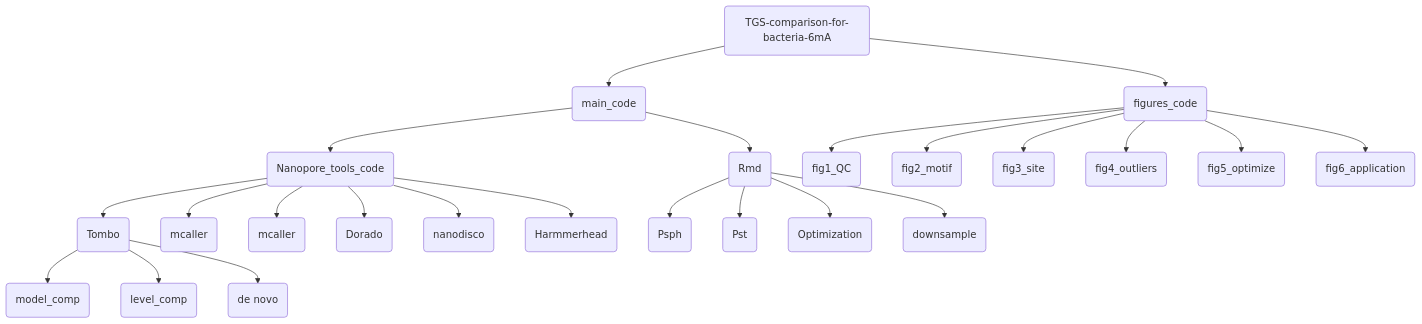
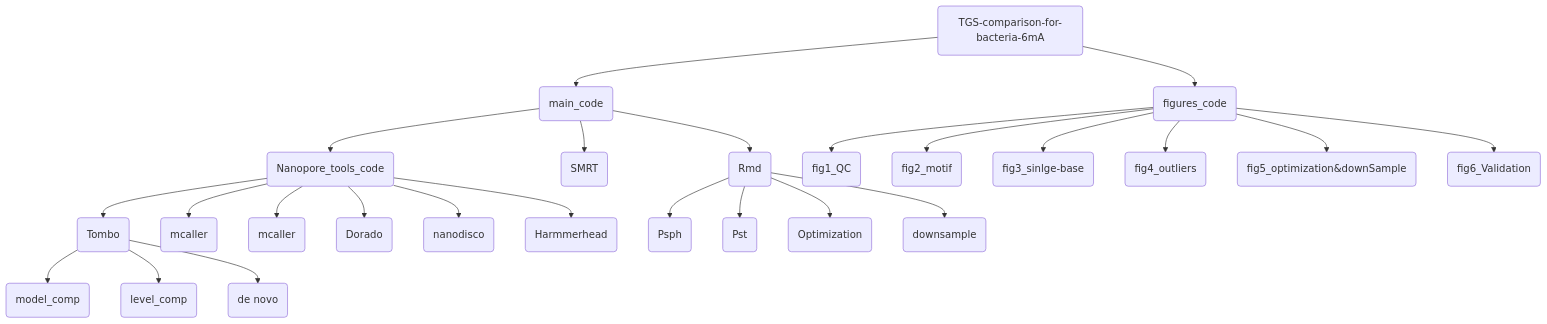
The diagram in README.md (LuBeifang/TGS-comparison-for-bacteria-6mA), drawn with Mermaid before and after one commit. The commit also changed other lines of this file, not shown here.

````diff
--- a/README.md
+++ b/README.md
@@ -58,27 +62,28 @@
 ```mermaid
 graph TD
 	A(TGS-comparison-for-bacteria-6mA)--> B(main_code)
 	A(TGS-comparison-for-bacteria-6mA) --> C(figures_code)
     B(main_code) --> d(Nanopore_tools_code)
+    B(main_code) --> y(SMRT)
     d(Nanopore_tools_code) --> e(Tombo)
     d(Nanopore_tools_code) --> f(mcaller)
     d(Nanopore_tools_code) --> g(mcaller)
     d(Nanopore_tools_code) --> h(Dorado)
     d(Nanopore_tools_code) --> i(nanodisco)
     d(Nanopore_tools_code) --> j(Harmmerhead)
     e(Tombo)  --> k(model_comp)
     e(Tombo)  --> l(level_comp)
     e(Tombo)  --> m(de novo)
 	B(main_code) --> n(Rmd)
 	n(Rmd) --> o(Psph)
 	n(Rmd) --> p(Pst)
 	n(Rmd) --> q(Optimization)
 	n(Rmd) --> r(downsample)
     C(figures_code)  --> s(fig1_QC)
     C(figures_code)  --> t(fig2_motif)
-    C(figures_code)  --> u(fig3_site)
+    C(figures_code)  --> u(fig3_sinlge-base)
     C(figures_code)  --> v(fig4_outliers)
-    C(figures_code)  --> w(fig5_optimize)
-    C(figures_code)  --> x(fig6_application)
+    C(figures_code)  --> w(fig5_optimization&downSample)
+    C(figures_code)  --> x(fig6_Validation)
 
 ```
````
